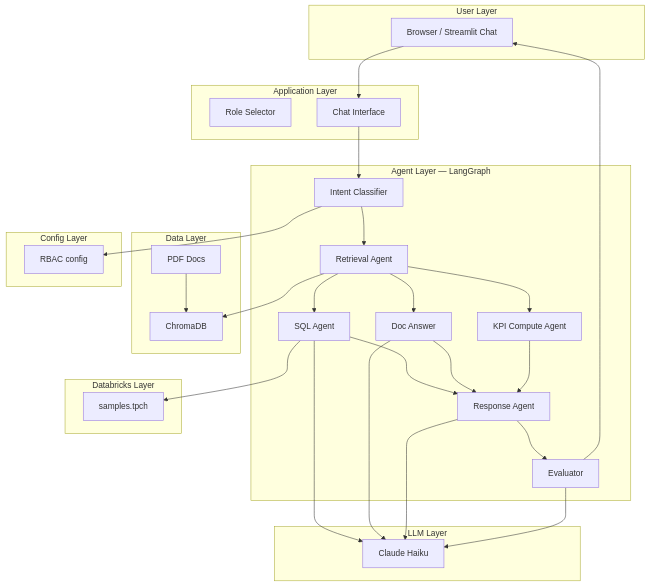
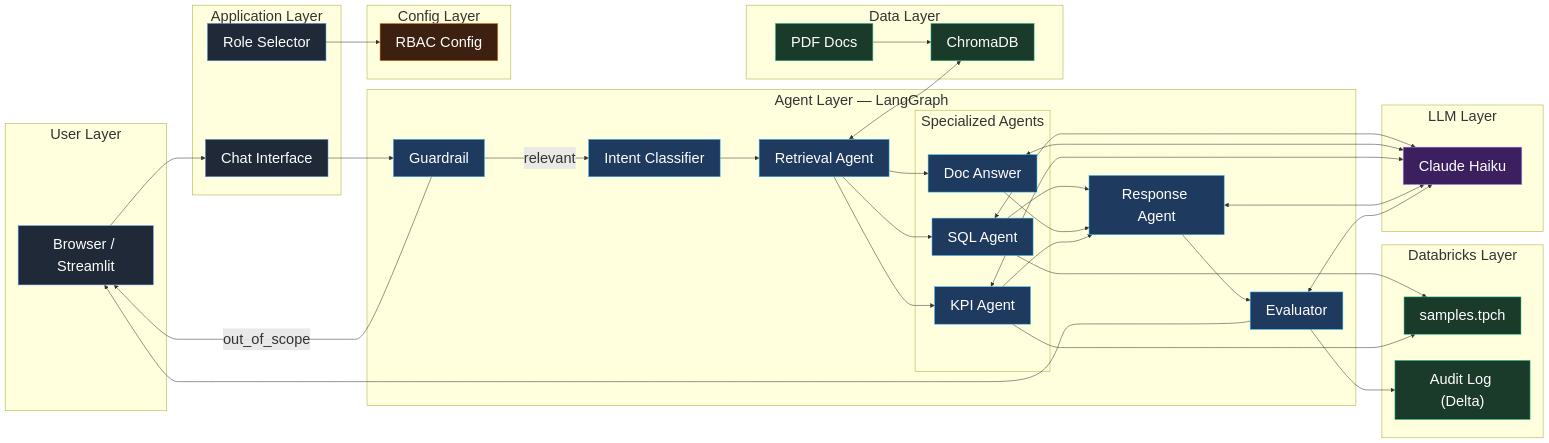
The second of 13 diagrams in documentation/architecture.md (piyushraj6789/multi-agent-data-assistant-v2), drawn with Mermaid before and after one commit. The commit also changed other lines of this file and 1 other file, not shown here.

Commit message:
updated .gitignore

````diff
--- a/documentation/architecture.md
+++ b/documentation/architecture.md
@@ -87,51 +87,75 @@
 ```mermaid
-flowchart TB
+%%{init: {'themeVariables': {'fontSize': '28px'}}}%%
+flowchart LR
     subgraph UserLayer["User Layer"]
-        Browser["Browser / Streamlit Chat"]
+        Browser["Browser / Streamlit"]
     end
+
     subgraph AppLayer["Application Layer"]
+        ChatUI["Chat Interface"]
         Sidebar["Role Selector"]
-        ChatUI["Chat Interface"]
     end
+
     subgraph AgentLayer["Agent Layer — LangGraph"]
+        GR["Guardrail"]
         IC["Intent Classifier"]
         RA["Retrieval Agent"]
-        SA["SQL Agent"]
-        DocA["Doc Answer"]
-        KpiA["KPI Compute Agent"]
+        subgraph SpecAgents["Specialized Agents"]
+            SA["SQL Agent"]
+            DocA["Doc Answer"]
+            KpiA["KPI Agent"]
+        end
         ResA["Response Agent"]
         Eval["Evaluator"]
     end
+
     subgraph DataLayer["Data Layer"]
+        PDFs["PDF Docs"]
         ChromaDB["ChromaDB"]
-        PDFs["PDF Docs"]
     end
+
     subgraph DBLayer["Databricks Layer"]
         TPCH["samples.tpch"]
+        AuditLog["Audit Log (Delta)"]
     end
+
     subgraph LLMLayer["LLM Layer"]
         Haiku["Claude Haiku"]
     end
+
     subgraph CfgLayer["Config Layer"]
-        RBAC["RBAC config"]
+        RBAC["RBAC Config"]
     end
+
     Browser --> ChatUI
-    ChatUI --> IC
+    Sidebar --> RBAC
+    ChatUI --> GR
+    GR -->|"relevant"| IC
+    GR -->|"out_of_scope"| Browser
     IC --> RA
-    RA --> SA
-    RA --> DocA
-    RA --> KpiA
-    SA --> ResA
-    DocA --> ResA
-    KpiA --> ResA
+    RA --> SA & DocA & KpiA
+    SA & DocA & KpiA --> ResA
     ResA --> Eval
     Eval --> Browser
-    RA --> ChromaDB
+    Eval --> AuditLog
     PDFs --> ChromaDB
-    SA --> TPCH
-    SA --> Haiku
-    DocA --> Haiku
-    ResA --> Haiku
-    Eval --> Haiku
-    IC --> RBAC
+    RA <--> ChromaDB
+    SA & KpiA --> TPCH
+    SA <--> Haiku
+    DocA <--> Haiku
+    KpiA <--> Haiku
+    ResA <--> Haiku
+    Eval <--> Haiku
+
+    classDef agent fill:#1e3a5f,stroke:#38bdf8,color:#fff
+    classDef llm fill:#3b1f5e,stroke:#a78bfa,color:#fff
+    classDef data fill:#1a3a2a,stroke:#34d399,color:#fff
+    classDef cfg fill:#3d2010,stroke:#fb923c,color:#fff
+    classDef ui fill:#1f2937,stroke:#60a5fa,color:#fff
+
+    class GR,IC,RA,SA,DocA,KpiA,ResA,Eval agent
+    class Haiku llm
+    class ChromaDB,PDFs,TPCH,AuditLog data
+    class RBAC cfg
+    class Browser,ChatUI,Sidebar ui
 ```
````
